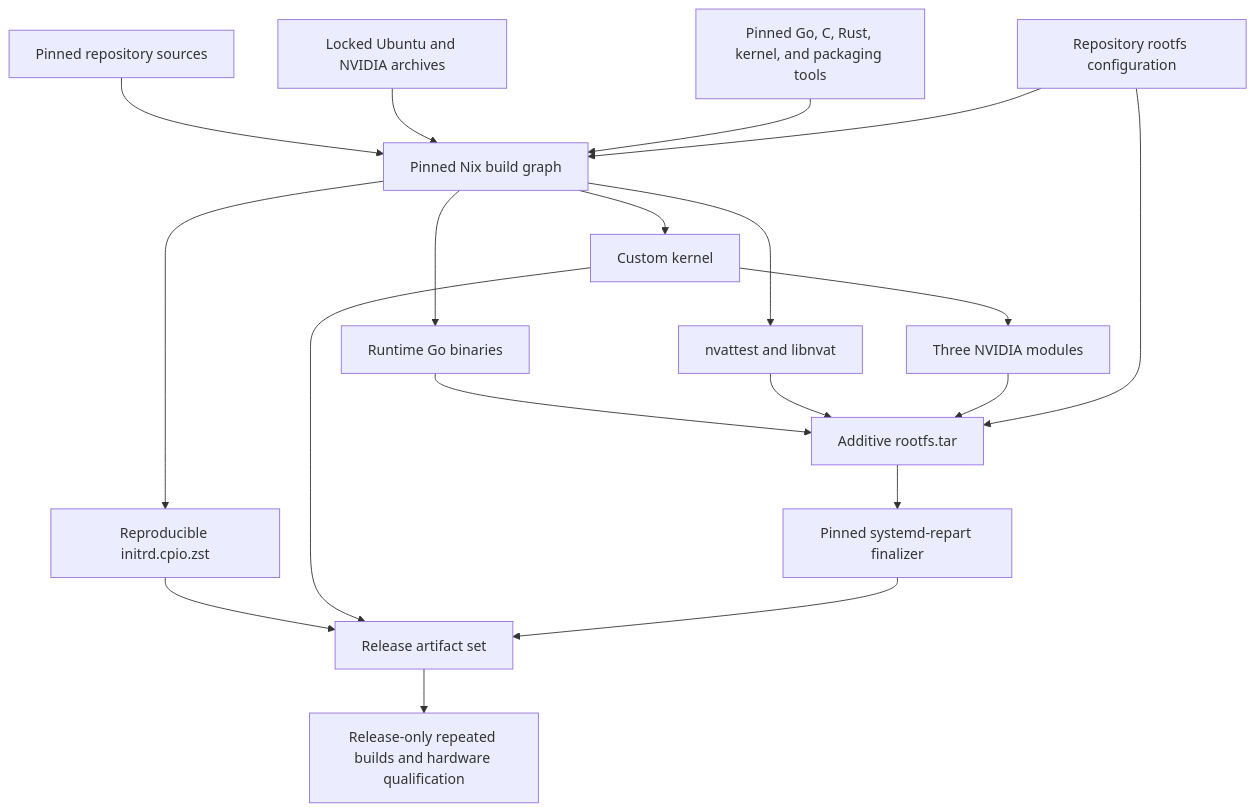
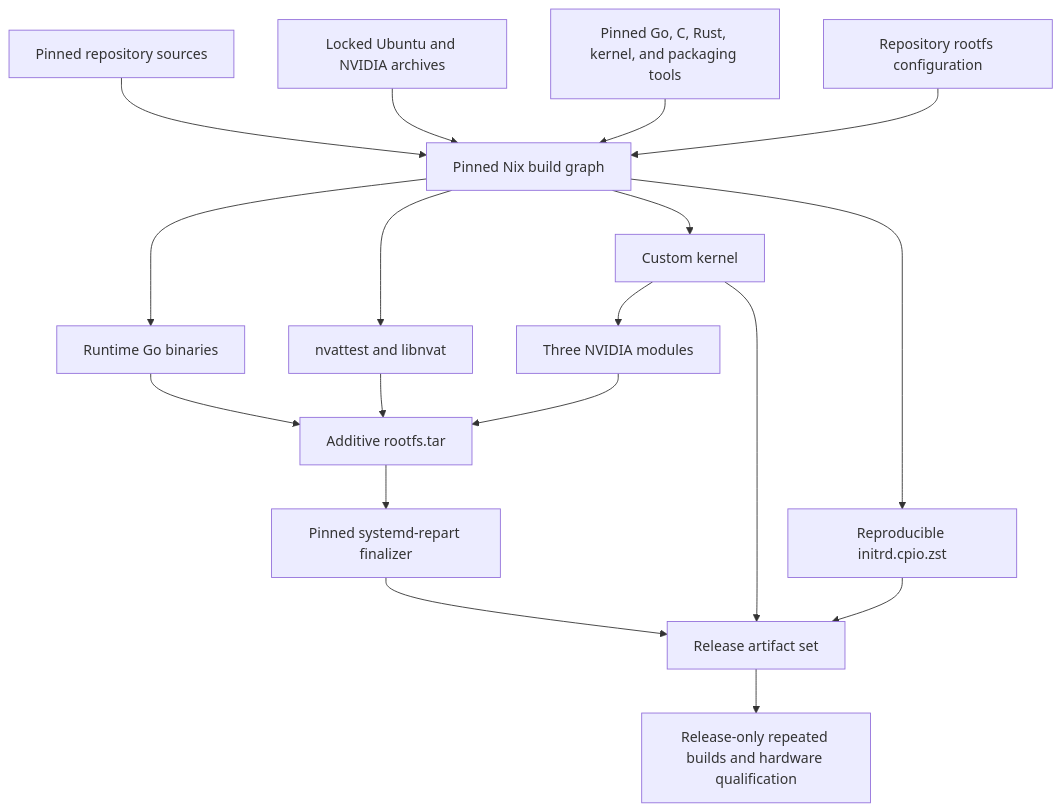
Before and after one commit to tinfoilsh/cvmimage: the diagram in docs/build.md, drawn with Mermaid. The commit also changed other lines of this file and 4 other files, not shown here.

````diff
--- a/docs/build.md
+++ b/docs/build.md
@@ -24,25 +24,24 @@
 ```mermaid
 flowchart TD
     S["Pinned repository sources"] --> N["Pinned Nix build graph"]
     U["Locked Ubuntu and NVIDIA archives"] --> N
     T["Pinned Go, C, Rust, kernel, and packaging tools"] --> N
     C["Repository rootfs configuration"] --> N
 
     N --> G["Runtime Go binaries"]
     N --> A["nvattest and libnvat"]
     N --> K["Custom kernel"]
     K --> V["Three NVIDIA modules"]
     N --> I["Reproducible initrd.cpio.zst"]
 
     G --> R["Additive rootfs.tar"]
     A --> R
     V --> R
-    C --> R
 
     R --> M["Pinned systemd-repart finalizer"]
     I --> X["Release artifact set"]
     K --> X
     M --> X
 
     X --> Q["Release-only repeated builds and hardware qualification"]
 ```
````
